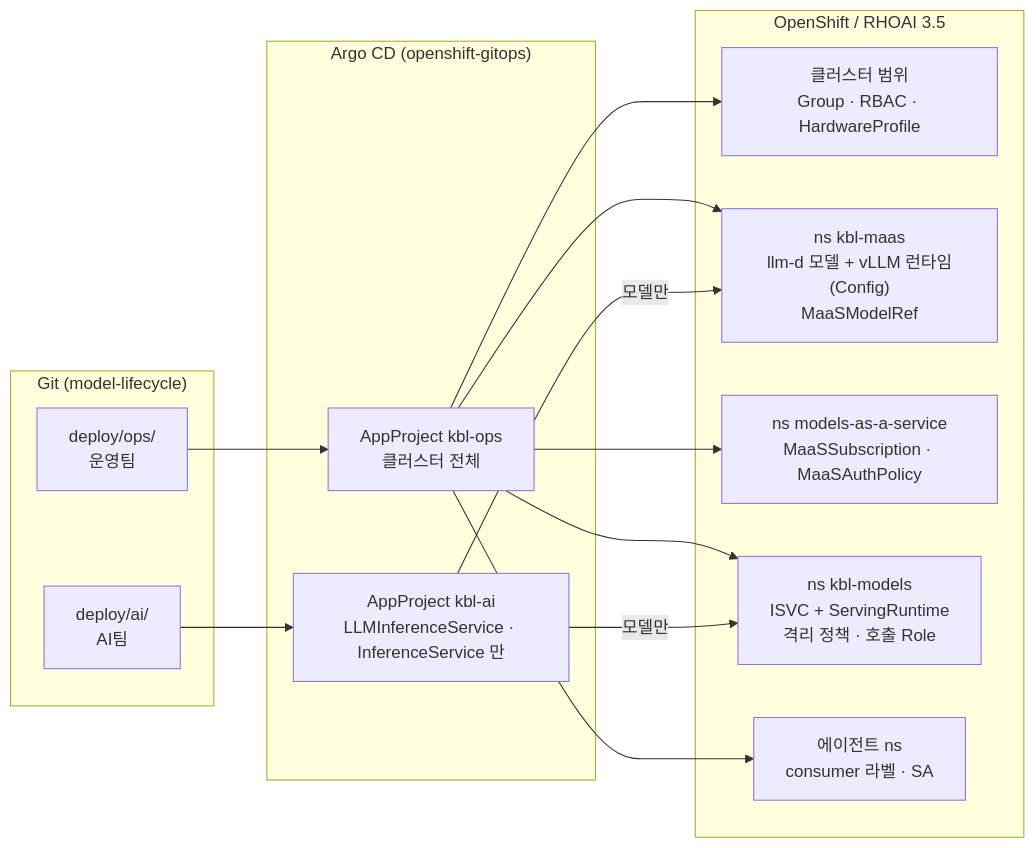
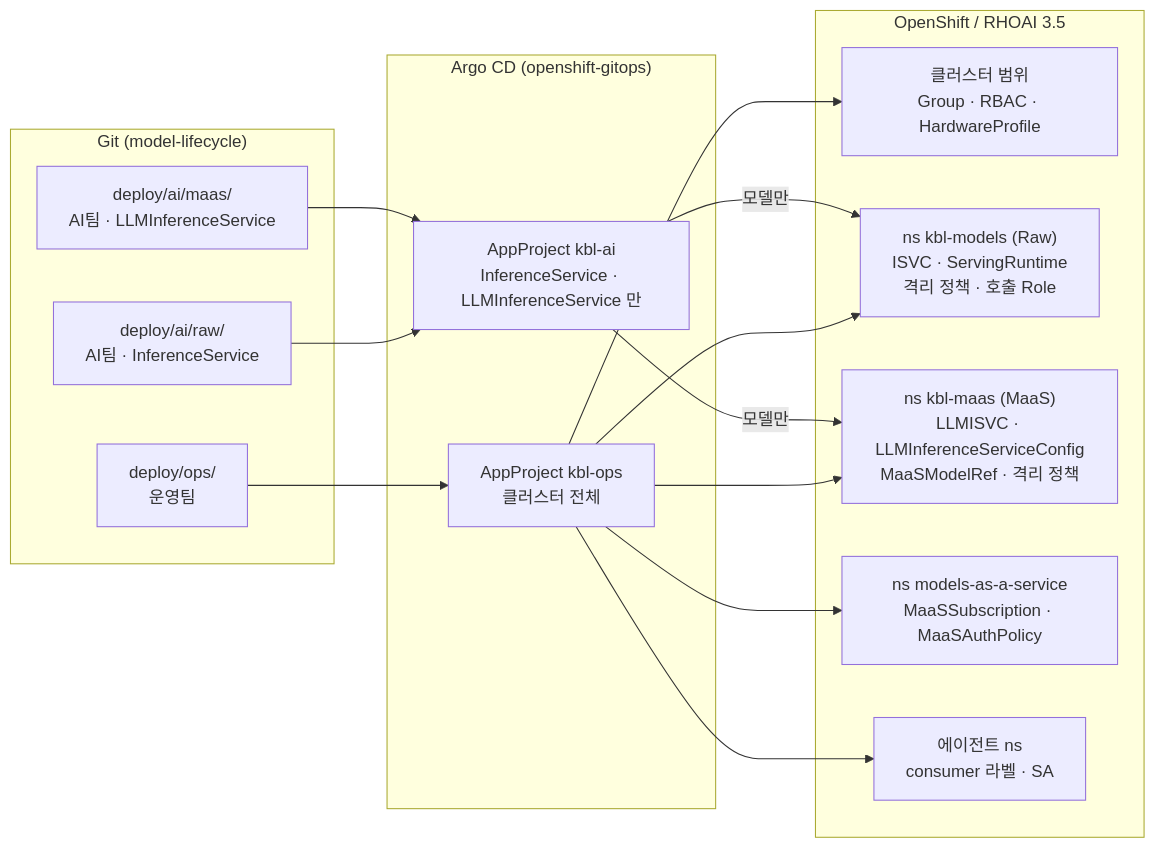
Before and after one commit to edwin-noh/model-lifecycle: the first of 4 diagrams in deploy/kbl-ai-gitops.md, drawn with Mermaid. The commit also changed other lines of this file, not shown here.

Commit message:
docs(kbl-ai-gitops): Raw+MaaS together, per-namespace network matrix, in/out-cluster call flows, change impact

````diff
--- a/deploy/kbl-ai-gitops.md
+++ b/deploy/kbl-ai-gitops.md
@@ -22,23 +28,25 @@
 ```mermaid
 flowchart LR
   subgraph GIT["Git (model-lifecycle)"]
     OPS["deploy/ops/<br/>운영팀"]
-    AI["deploy/ai/<br/>AI팀"]
+    AIR["deploy/ai/raw/<br/>AI팀 · InferenceService"]
+    AIM["deploy/ai/maas/<br/>AI팀 · LLMInferenceService"]
   end
   subgraph ARGO["Argo CD (openshift-gitops)"]
     POPS["AppProject kbl-ops<br/>클러스터 전체"]
-    PAI["AppProject kbl-ai<br/>LLMInferenceService · InferenceService 만"]
+    PAI["AppProject kbl-ai<br/>InferenceService · LLMInferenceService 만"]
   end
   subgraph OCP["OpenShift / RHOAI 3.5"]
     PLAT["클러스터 범위<br/>Group · RBAC · HardwareProfile"]
-    MAAS["ns kbl-maas<br/>llm-d 모델 + vLLM 런타임(Config)<br/>MaaSModelRef"]
+    MOD["ns kbl-models (Raw)<br/>ISVC · ServingRuntime<br/>격리 정책 · 호출 Role"]
+    MAAS["ns kbl-maas (MaaS)<br/>LLMISVC · LLMInferenceServiceConfig<br/>MaaSModelRef · 격리 정책"]
     POL["ns models-as-a-service<br/>MaaSSubscription · MaaSAuthPolicy"]
-    MOD["ns kbl-models<br/>ISVC + ServingRuntime<br/>격리 정책 · 호출 Role"]
     CON["에이전트 ns<br/>consumer 라벨 · SA"]
   end
   OPS --> POPS
-  AI --> PAI
-  POPS --> PLAT & MAAS & POL & MOD & CON
+  AIR --> PAI
+  AIM --> PAI
+  POPS --> PLAT & MOD & MAAS & POL & CON
+  PAI -->|모델만| MOD
   PAI -->|모델만| MAAS
-  PAI -->|모델만| MOD
 ```
````
